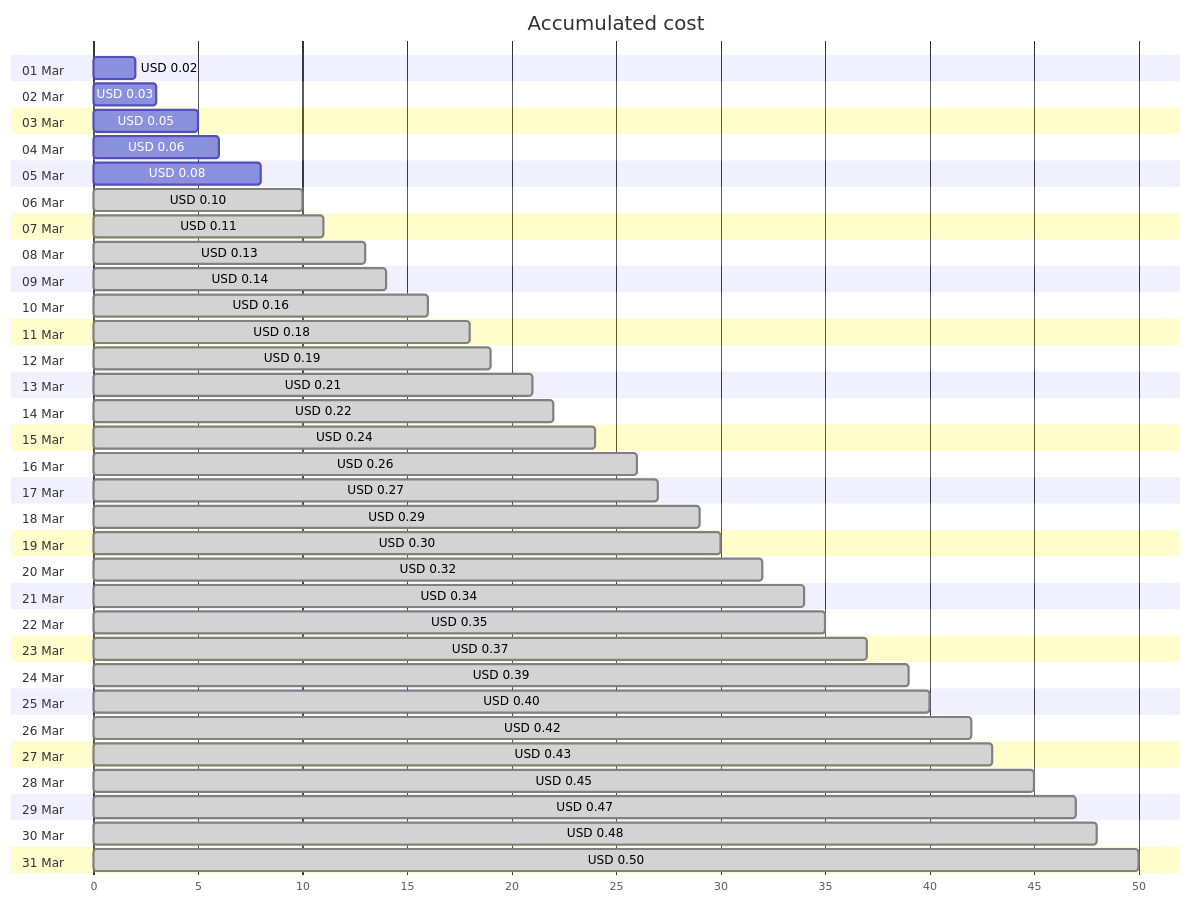
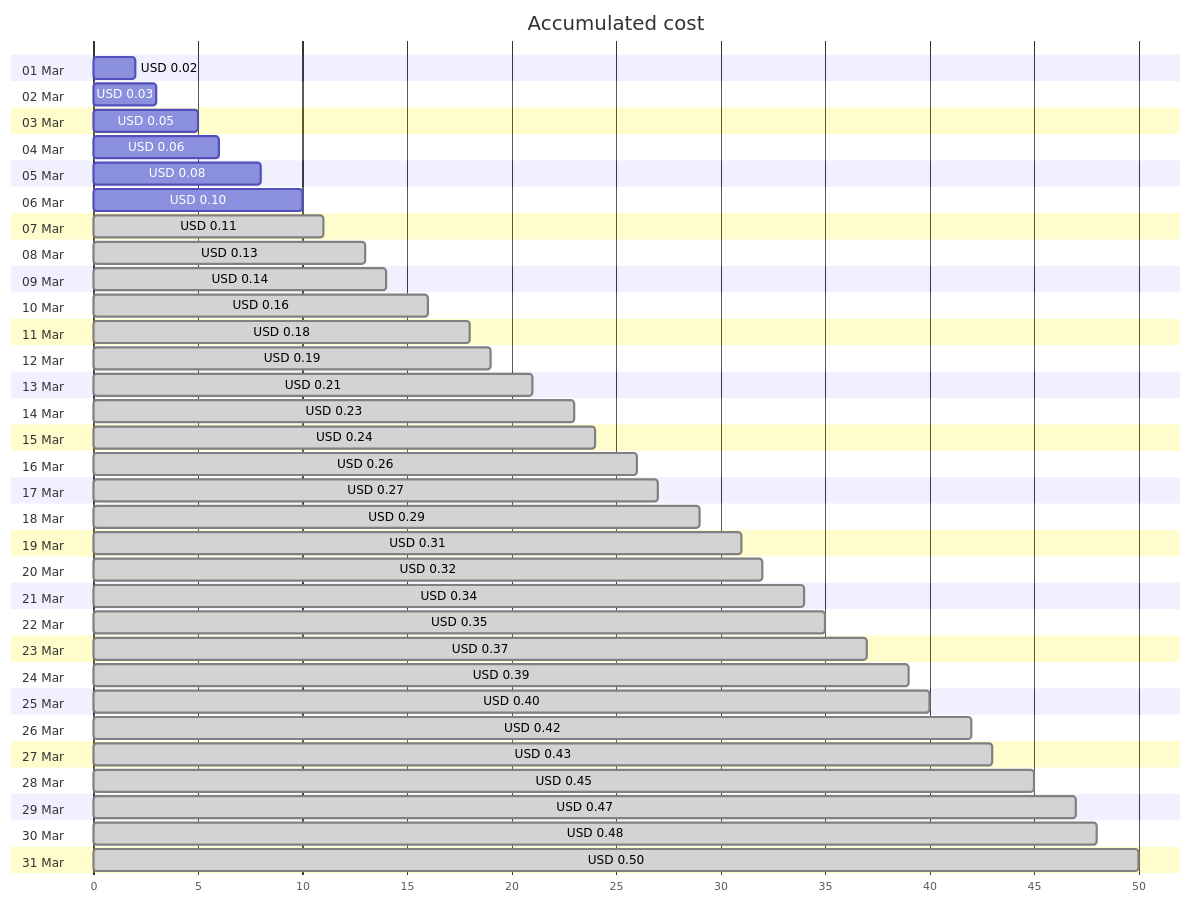
One commit to jpfulton/azure-personal-reports changed the first of 4 diagrams in cost-reports/personal-network/private.jpatrickfulton.com.md. Above: the diagram before and after it, drawn with Mermaid. The commit also changed other lines of this file and 8 other files, not shown here.

````diff
--- a/cost-reports/personal-network/private.jpatrickfulton.com.md
+++ b/cost-reports/personal-network/private.jpatrickfulton.com.md
@@ -20,68 +20,68 @@
 ```mermaid
 gantt
    title Accumulated cost
    dateFormat  X
    axisFormat %s
    section 01 Mar
    USD 0.02 :0, 2
    section 02 Mar
    USD 0.03 :0, 3
    section 03 Mar
    USD 0.05 :0, 5
    section 04 Mar
    USD 0.06 :0, 6
    section 05 Mar
    USD 0.08 :0, 8
    section 06 Mar
-   USD 0.10 : done, 0, 10
+   USD 0.10 :0, 10
    section 07 Mar
    USD 0.11 : done, 0, 11
    section 08 Mar
    USD 0.13 : done, 0, 13
    section 09 Mar
    USD 0.14 : done, 0, 14
    section 10 Mar
    USD 0.16 : done, 0, 16
    section 11 Mar
    USD 0.18 : done, 0, 18
    section 12 Mar
    USD 0.19 : done, 0, 19
    section 13 Mar
    USD 0.21 : done, 0, 21
    section 14 Mar
-   USD 0.22 : done, 0, 22
+   USD 0.23 : done, 0, 23
    section 15 Mar
    USD 0.24 : done, 0, 24
    section 16 Mar
    USD 0.26 : done, 0, 26
    section 17 Mar
    USD 0.27 : done, 0, 27
    section 18 Mar
    USD 0.29 : done, 0, 29
    section 19 Mar
-   USD 0.30 : done, 0, 30
+   USD 0.31 : done, 0, 31
    section 20 Mar
    USD 0.32 : done, 0, 32
    section 21 Mar
    USD 0.34 : done, 0, 34
    section 22 Mar
    USD 0.35 : done, 0, 35
    section 23 Mar
    USD 0.37 : done, 0, 37
    section 24 Mar
    USD 0.39 : done, 0, 39
    section 25 Mar
    USD 0.40 : done, 0, 40
    section 26 Mar
    USD 0.42 : done, 0, 42
    section 27 Mar
    USD 0.43 : done, 0, 43
    section 28 Mar
    USD 0.45 : done, 0, 45
    section 29 Mar
    USD 0.47 : done, 0, 47
    section 30 Mar
    USD 0.48 : done, 0, 48
    section 31 Mar
    USD 0.50 : done, 0, 50
 ```
````
